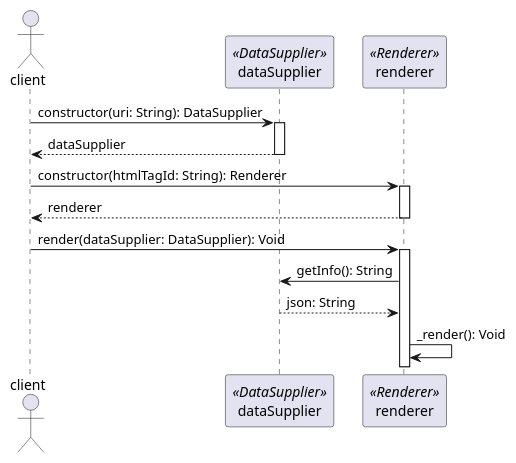
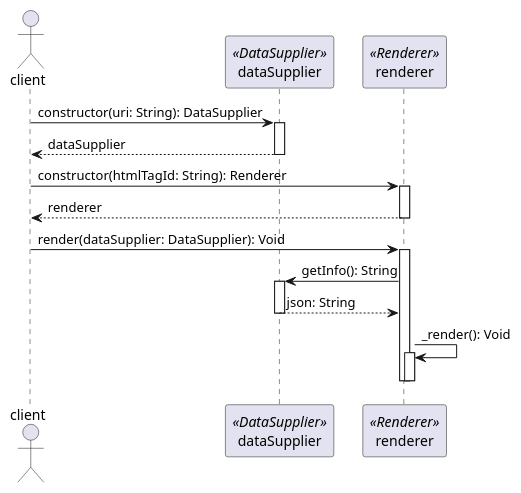
Before and after one commit to expert0226/codespitz: the fourth of 8 diagrams in src/main/resources/codespitz79/designpattern/day01/day01.adoc, drawn with PlantUML. The commit also changed other lines of this file and 9 other files, not shown here.

```diff
--- a/src/main/resources/codespitz79/designpattern/day01/day01.adoc
+++ b/src/main/resources/codespitz79/designpattern/day01/day01.adoc
@@ -79,20 +82,25 @@
 [plantuml, exam02_sequence, png]
 ....
 actor client
 participant dataSupplier <<DataSupplier>>
 participant renderer <<Renderer>>
 
 client -> dataSupplier: constructor(uri: String): DataSupplier
 activate dataSupplier
 return dataSupplier
 
 client -> renderer: constructor(htmlTagId: String): Renderer
 activate renderer
 return renderer
 
 client -> renderer: render(dataSupplier: DataSupplier): Void
 activate renderer
 dataSupplier <- renderer : getInfo(): String
+activate dataSupplier
 dataSupplier --> renderer: json: String
+deactivate dataSupplier
 renderer -> renderer: _render(): Void
+activate renderer
+deactivate renderer
+deactivate renderer
 ....
```
